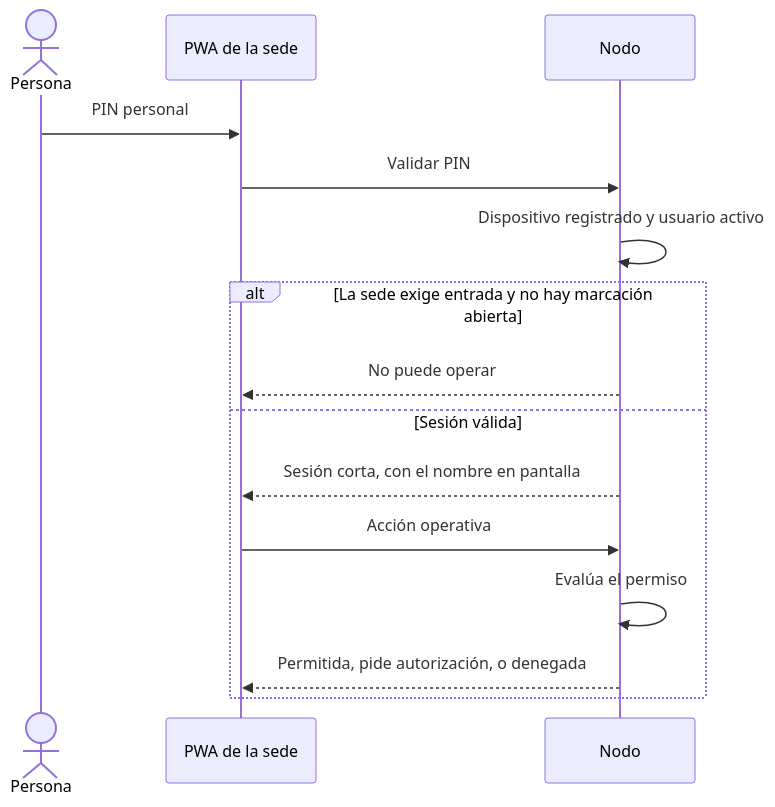
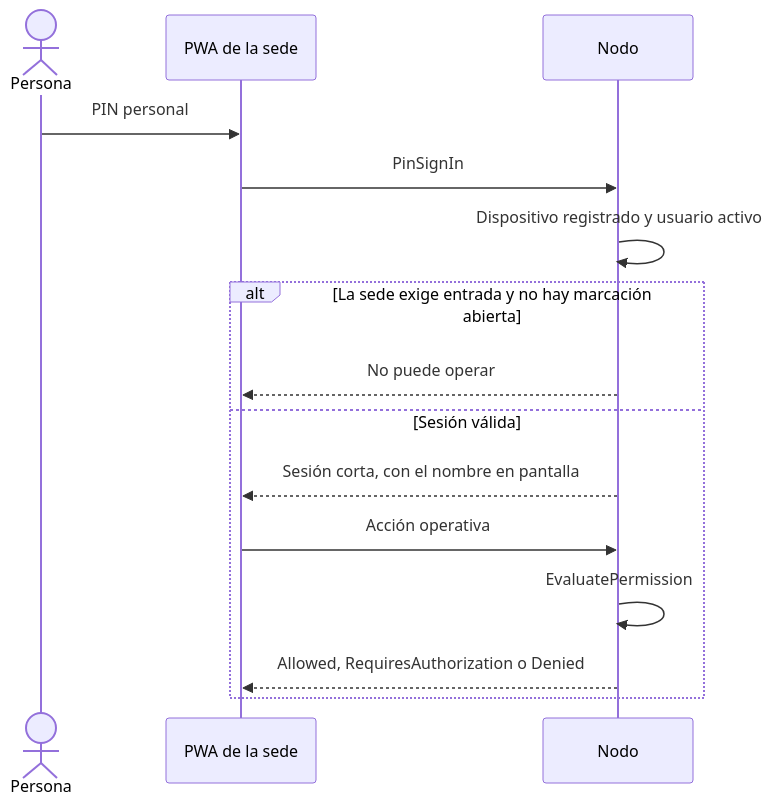
The third of 6 diagrams in docs/flujos/m0-plataforma.md (CesarJOtizM/blackHole), drawn with Mermaid before and after one commit. The commit also changed other lines of this file and 159 other files, not shown here.

````diff
--- a/docs/flujos/m0-plataforma.md
+++ b/docs/flujos/m0-plataforma.md
@@ -67,18 +83,18 @@
 ```mermaid
 sequenceDiagram
   actor Persona
   participant App as PWA de la sede
   participant Nodo
 
   Persona->>App: PIN personal
-  App->>Nodo: Validar PIN
+  App->>Nodo: PinSignIn
   Nodo->>Nodo: Dispositivo registrado y usuario activo
   alt La sede exige entrada y no hay marcación abierta
     Nodo-->>App: No puede operar
   else Sesión válida
     Nodo-->>App: Sesión corta, con el nombre en pantalla
     App->>Nodo: Acción operativa
-    Nodo->>Nodo: Evalúa el permiso
-    Nodo-->>App: Permitida, pide autorización, o denegada
+    Nodo->>Nodo: EvaluatePermission
+    Nodo-->>App: Allowed, RequiresAuthorization o Denied
   end
 ```
````
